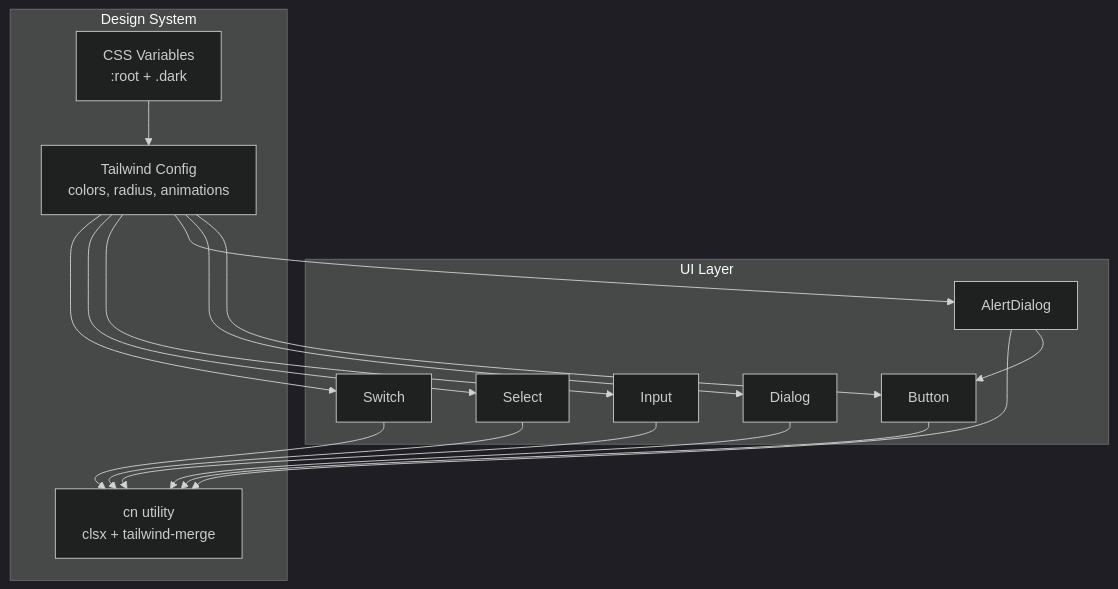
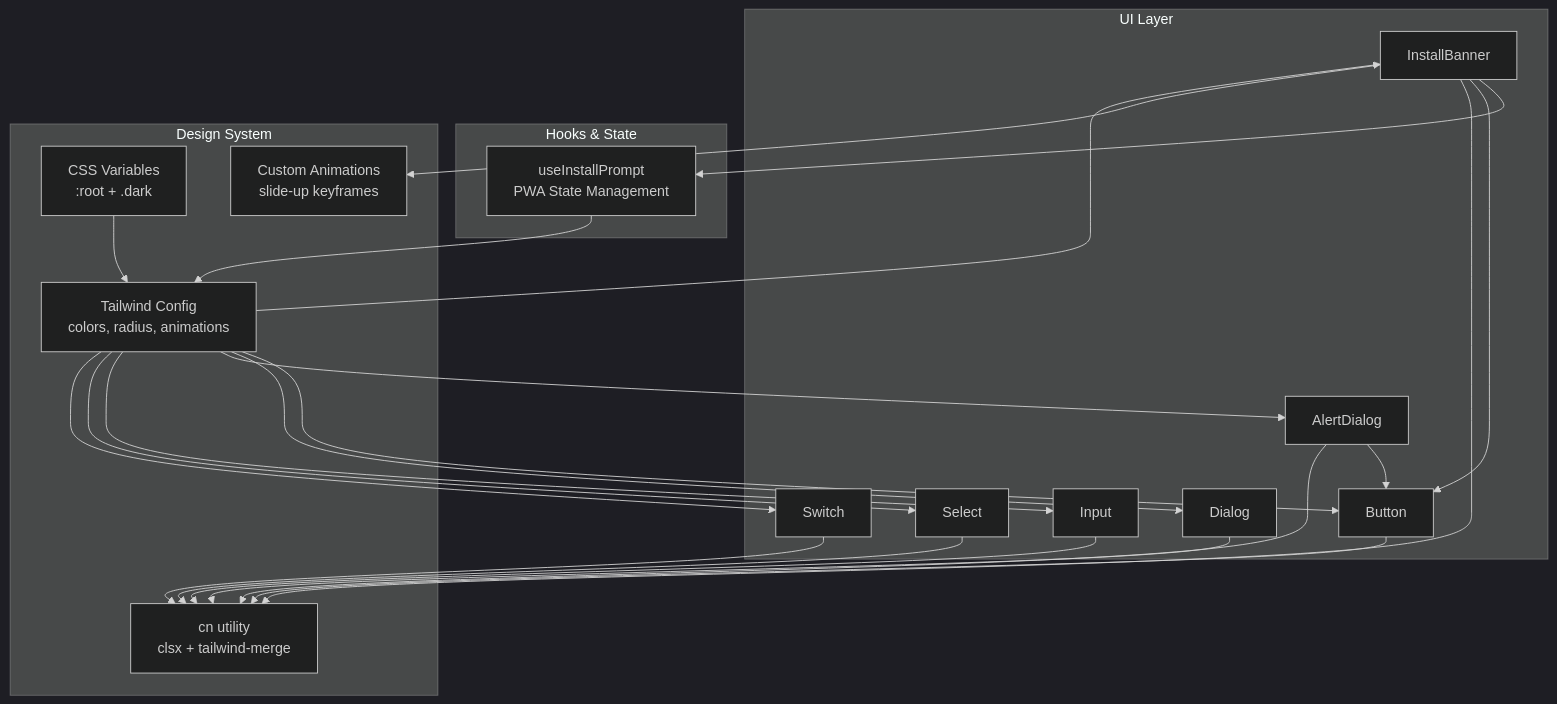
The first of 5 diagrams in .qoder/repowiki/en/content/UI Components/UI Components.md (Yasir-019/ScanIQ), drawn with Mermaid (dark theme) before and after one commit. The commit also changed other lines of this file and 23 other files, not shown here.

````diff
--- a/.qoder/repowiki/en/content/UI Components/UI Components.md
+++ b/.qoder/repowiki/en/content/UI Components/UI Components.md
@@ -34,30 +44,41 @@
 ```mermaid
 graph TB
 subgraph "UI Layer"
 Button["Button"]
 Dialog["Dialog"]
 AlertDialog["AlertDialog"]
 Input["Input"]
 Select["Select"]
 Switch["Switch"]
+InstallBanner["InstallBanner"]
+end
+subgraph "Hooks & State"
+UseInstallPrompt["useInstallPrompt<br/>PWA State Management"]
 end
 subgraph "Design System"
 Tailwind["Tailwind Config<br/>colors, radius, animations"]
 CSSVars["CSS Variables<br/>:root + .dark"]
 Utils["cn utility<br/>clsx + tailwind-merge"]
+Animations["Custom Animations<br/>slide-up keyframes"]
 end
 Button --> Utils
 Dialog --> Utils
 AlertDialog --> Button
 AlertDialog --> Utils
 Input --> Utils
 Select --> Utils
 Switch --> Utils
+InstallBanner --> UseInstallPrompt
+InstallBanner --> Button
+InstallBanner --> Utils
+InstallBanner --> Animations
+UseInstallPrompt --> Tailwind
 Tailwind --> Button
 Tailwind --> Dialog
 Tailwind --> AlertDialog
 Tailwind --> Input
 Tailwind --> Select
 Tailwind --> Switch
+Tailwind --> InstallBanner
 CSSVars --> Tailwind
 ```
````
